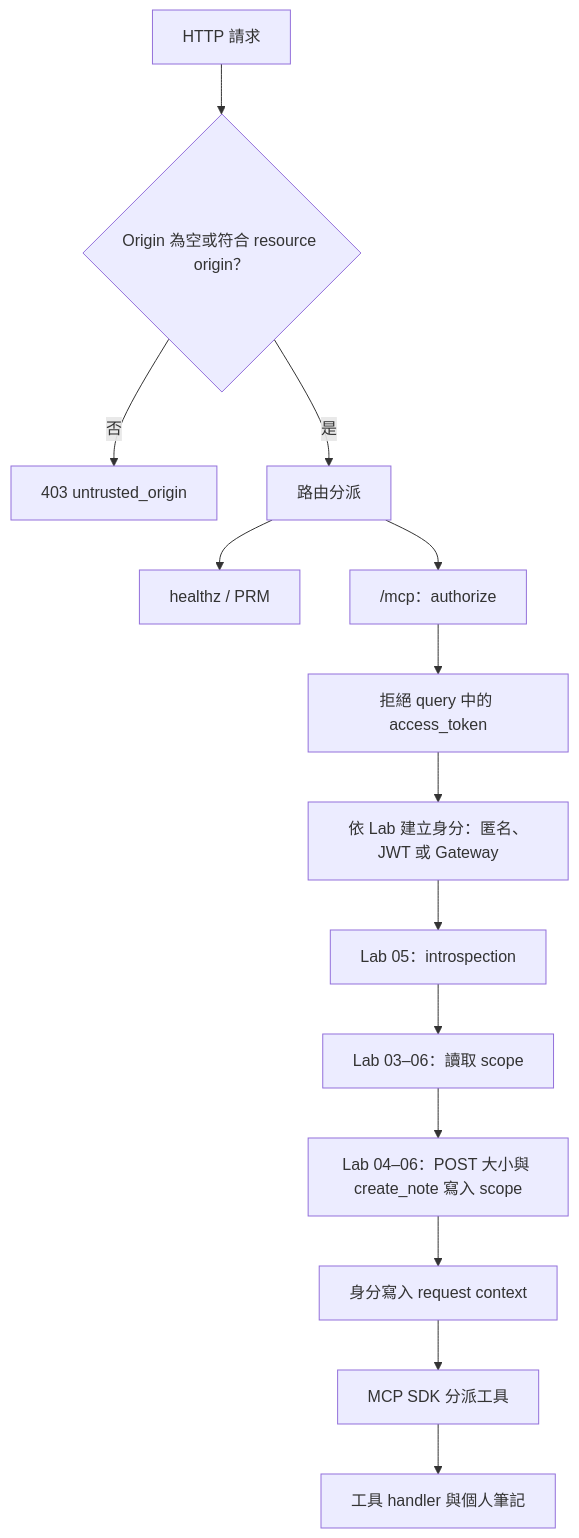
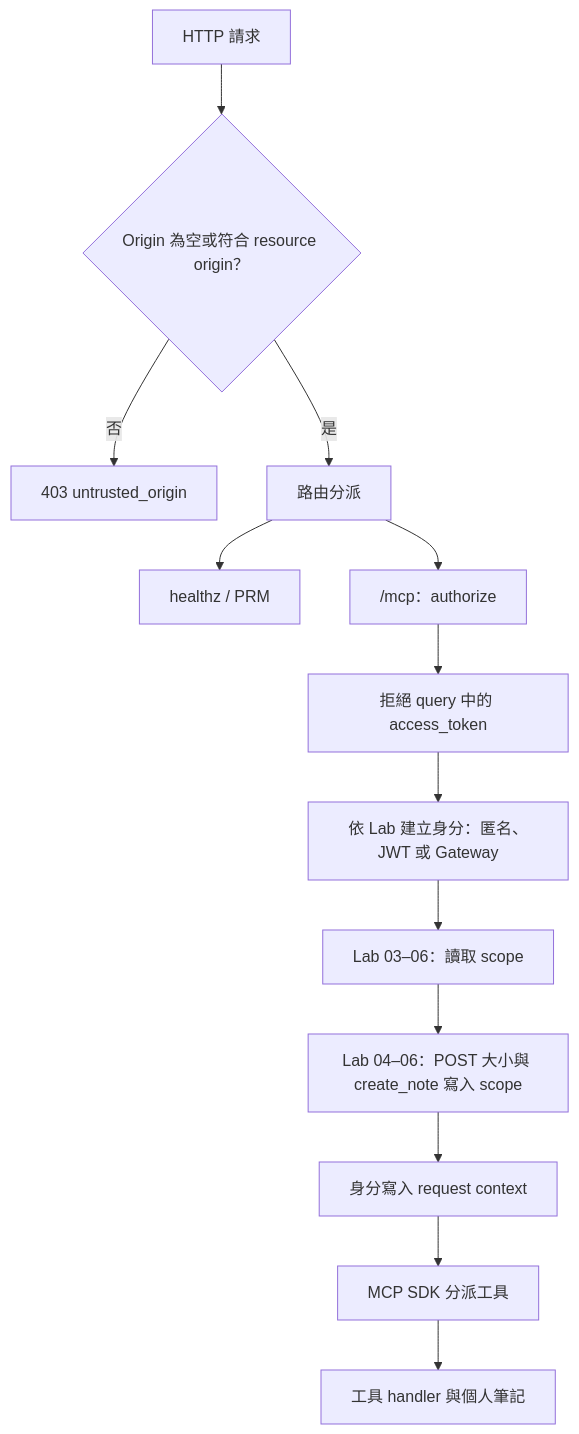
Before and after one commit to go-training/mcp-oauth2-workshop: the second of 3 diagrams in go/README.md, drawn with Mermaid. The commit also changed other lines of this file and 15 other files, not shown here.

````diff
--- a/go/README.md
+++ b/go/README.md
@@ -138,16 +135,15 @@
 ```mermaid
 flowchart TD
     Request[HTTP 請求] --> Origin{Origin 為空或符合 resource origin？}
     Origin -->|否| DenyOrigin[403 untrusted_origin]
     Origin -->|是| Route[路由分派]
     Route --> Health[healthz / PRM]
     Route --> MCP["/mcp：authorize"]
     MCP --> Query[拒絕 query 中的 access_token]
     Query --> Identity[依 Lab 建立身分：匿名、JWT 或 Gateway]
-    Identity --> Active[Lab 05：introspection]
-    Active --> Read[Lab 03–06：讀取 scope]
+    Identity --> Read[Lab 03–06：讀取 scope]
     Read --> Write[Lab 04–06：POST 大小與 create_note 寫入 scope]
     Write --> Context[身分寫入 request context]
     Context --> SDK[MCP SDK 分派工具]
     SDK --> Handler[工具 handler 與個人筆記]
 ```
````
